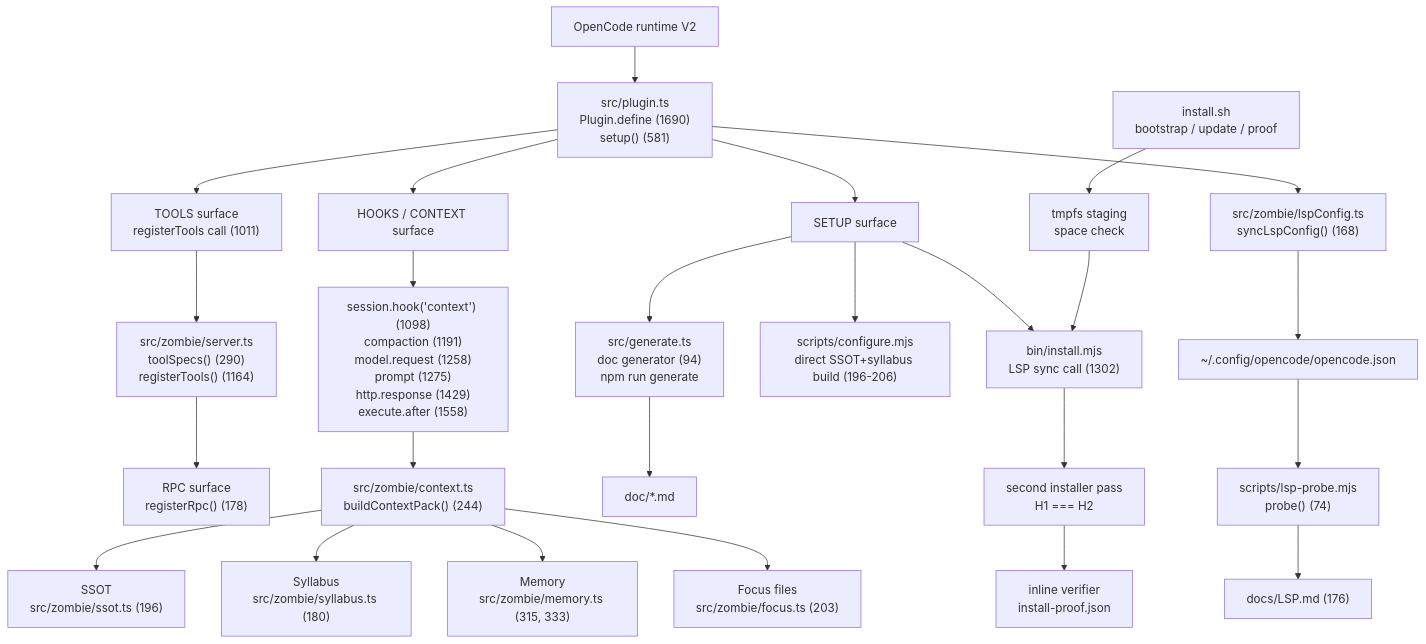
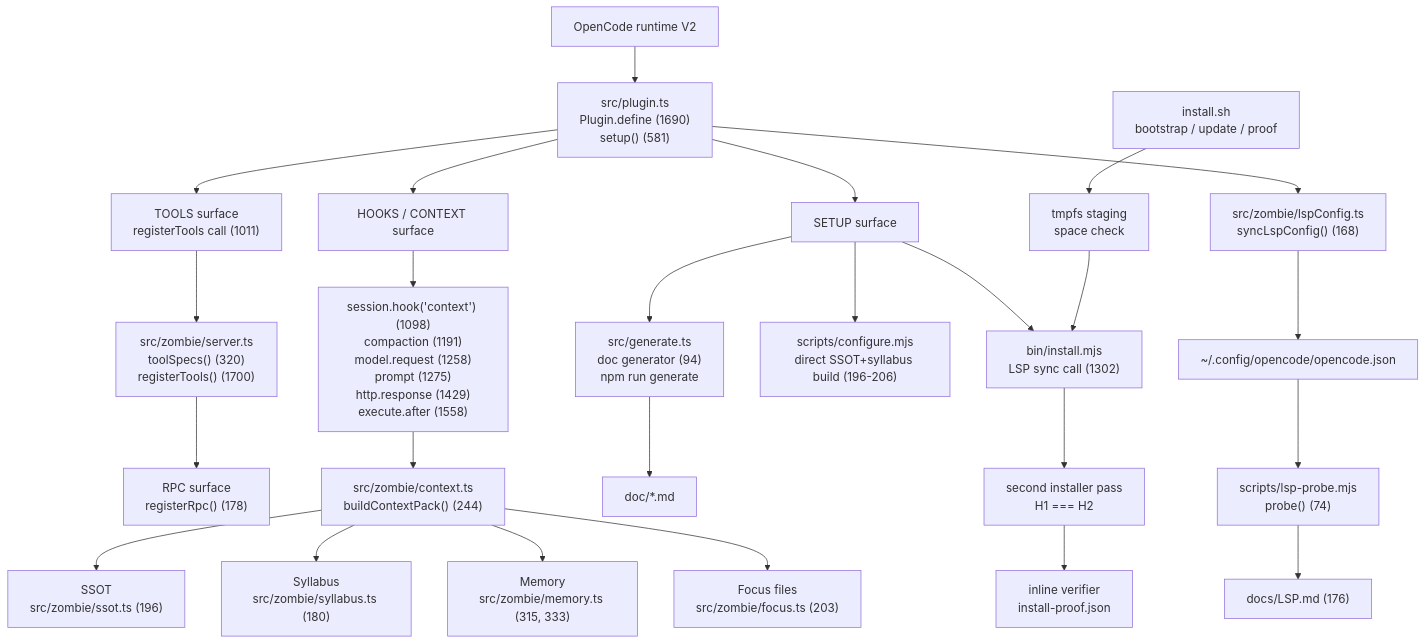
Before and after one commit to azurebluezone/adapter: the diagram in docs/architecture-map.md, drawn with Mermaid. The commit also changed other lines of this file and 24 other files, not shown here.

````diff
--- a/docs/architecture-map.md
+++ b/docs/architecture-map.md
@@ -9,32 +9,32 @@
 ```mermaid
 flowchart TD
   RT["OpenCode runtime V2"] --> P["src/plugin.ts<br/>Plugin.define (1690)<br/>setup() (581)"]
 
   P --> T["TOOLS surface<br/>registerTools call (1011)"]
-  T --> TS["src/zombie/server.ts<br/>toolSpecs() (290)<br/>registerTools() (1164)"]
+  T --> TS["src/zombie/server.ts<br/>toolSpecs() (320)<br/>registerTools() (1700)"]
   TS --> RPC["RPC surface<br/>registerRpc() (178)"]
 
   P --> H["HOOKS / CONTEXT surface"]
   H --> HC["session.hook('context') (1098)<br/>compaction (1191)<br/>model.request (1258)<br/>prompt (1275)<br/>http.response (1429)<br/>execute.after (1558)"]
   HC --> CP["src/zombie/context.ts<br/>buildContextPack() (244)"]
   CP --> SSOT["SSOT<br/>src/zombie/ssot.ts (196)"]
   CP --> SYL["Syllabus<br/>src/zombie/syllabus.ts (180)"]
   CP --> MEM["Memory<br/>src/zombie/memory.ts (315, 333)"]
   CP --> FOC["Focus files<br/>src/zombie/focus.ts (203)"]
 
   P --> SET["SETUP surface"]
   SET --> INST["bin/install.mjs<br/>LSP sync call (1302)"]
   SET --> CONF["scripts/configure.mjs<br/>direct SSOT+syllabus build (196-206)"]
   SET --> GEN["src/generate.ts<br/>doc generator (94)<br/>npm run generate"]
   GEN --> DOCS["doc/*.md"]
 
   SH["install.sh<br/>bootstrap / update / proof"] --> STG["tmpfs staging<br/>space check"]
   STG --> INST
   INST --> IDEM["second installer pass<br/>H1 === H2"]
   IDEM --> VER["inline verifier<br/>install-proof.json"]
 
   P --> LSPC["src/zombie/lspConfig.ts<br/>syncLspConfig() (168)"]
   LSPC --> OC["~/.config/opencode/opencode.json"]
   OC --> PROBE["scripts/lsp-probe.mjs<br/>probe() (74)"]
   PROBE --> LSPDOC["docs/LSP.md (176)"]
 ```
````
